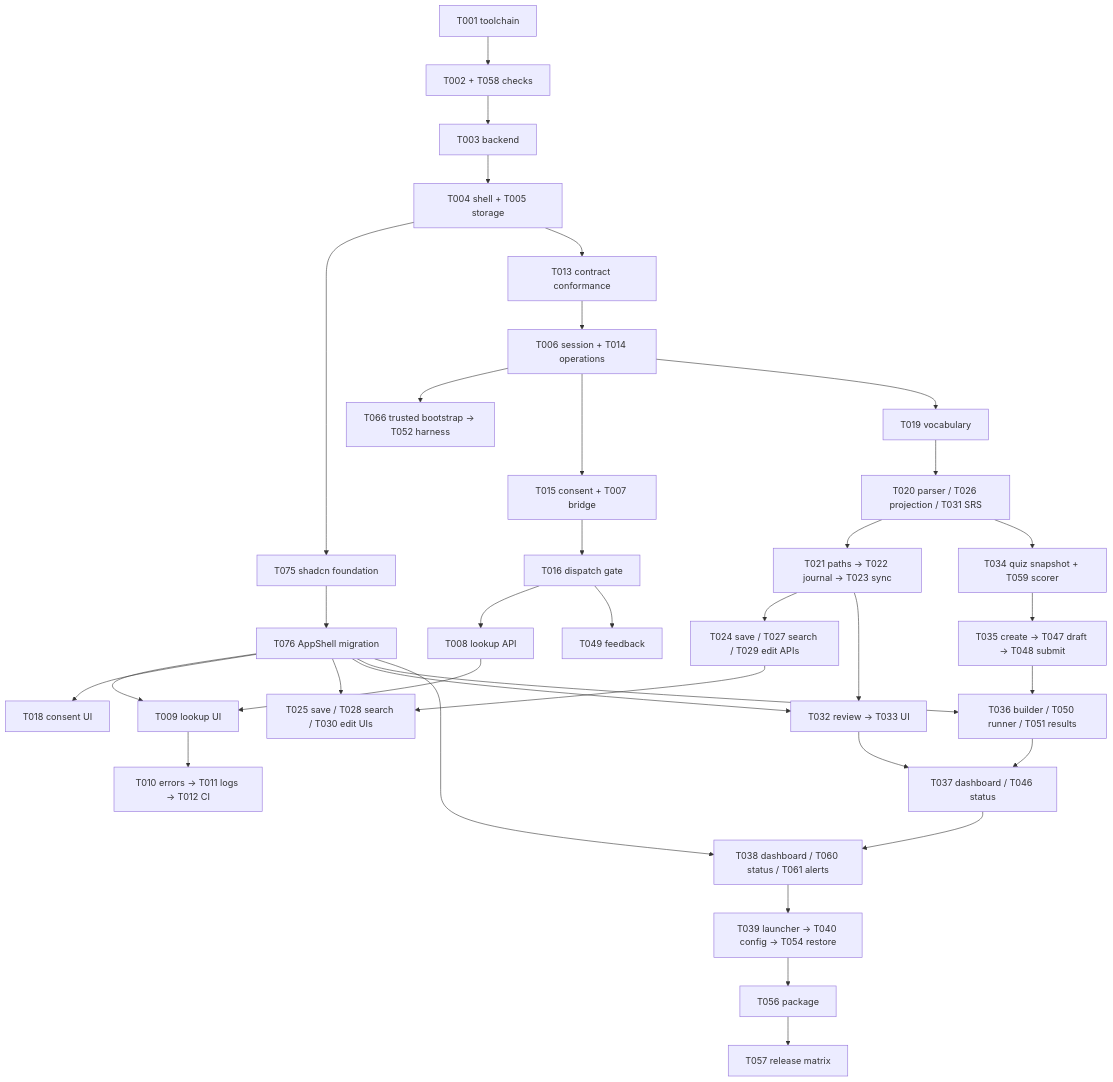
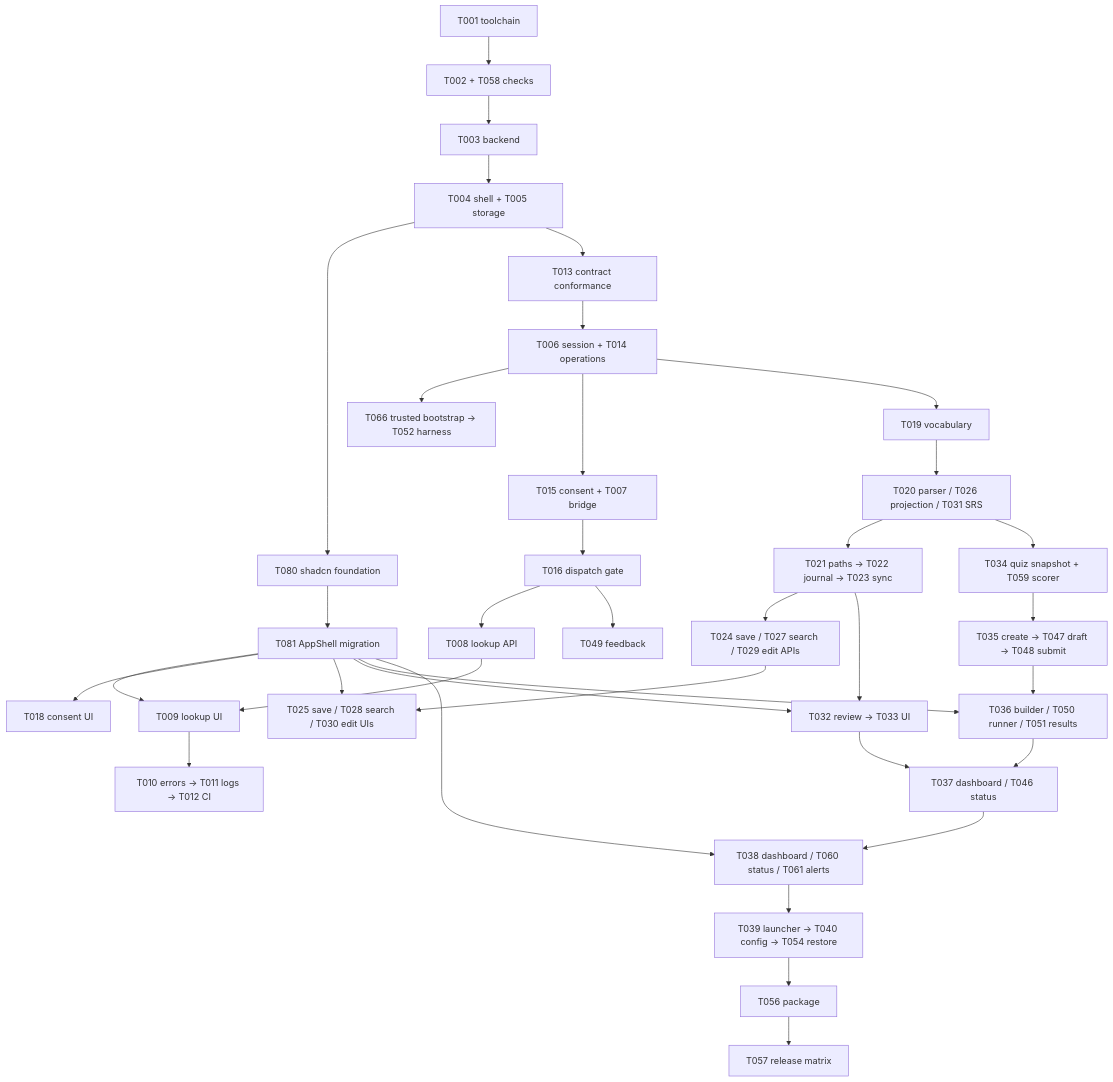
One commit to khanhpn308/english_web changed the diagram in docs/task-plan.md. Above: the diagram before and after it, drawn with Mermaid. The commit also changed other lines of this file and 21 other files, not shown here.

````diff
--- a/docs/task-plan.md
+++ b/docs/task-plan.md
@@ -162,38 +168,38 @@
 ```mermaid
 flowchart TD
   A[T001 toolchain] --> B[T002 + T058 checks]
   B --> C[T003 backend]
   C --> D[T004 shell + T005 storage]
-  D --> FND[T075 shadcn foundation]
-  FND --> MIG[T076 AppShell migration]
+  D --> FND[T080 shadcn foundation]
+  FND --> MIG[T081 AppShell migration]
   D --> E[T013 contract conformance]
   E --> F[T006 session + T014 operations]
   F --> BO[T066 trusted bootstrap → T052 harness]
   F --> G[T015 consent + T007 bridge]
   G --> H[T016 dispatch gate]
   H --> I[T008 lookup API]
   I --> J[T009 lookup UI]
   MIG --> J
   MIG --> T018_UI[T018 consent UI]
   J --> K[T010 errors → T011 logs → T012 CI]
   F --> L[T019 vocabulary]
   L --> M[T020 parser / T026 projection / T031 SRS]
   M --> N[T021 paths → T022 journal → T023 sync]
   N --> O[T024 save / T027 search / T029 edit APIs]
   O --> P[T025 save / T028 search / T030 edit UIs]
   MIG --> P
   N --> Q[T032 review → T033 UI]
   MIG --> Q
   M --> R[T034 quiz snapshot + T059 scorer]
   R --> S[T035 create → T047 draft → T048 submit]
   H --> T[T049 feedback]
   S --> U[T036 builder / T050 runner / T051 results]
   MIG --> U
   Q --> V[T037 dashboard / T046 status]
   U --> V
   V --> W[T038 dashboard / T060 status / T061 alerts]
   MIG --> W
   W --> X[T039 launcher → T040 config → T054 restore]
   X --> Y[T056 package]
   Y --> Z[T057 release matrix]
 ```
````
